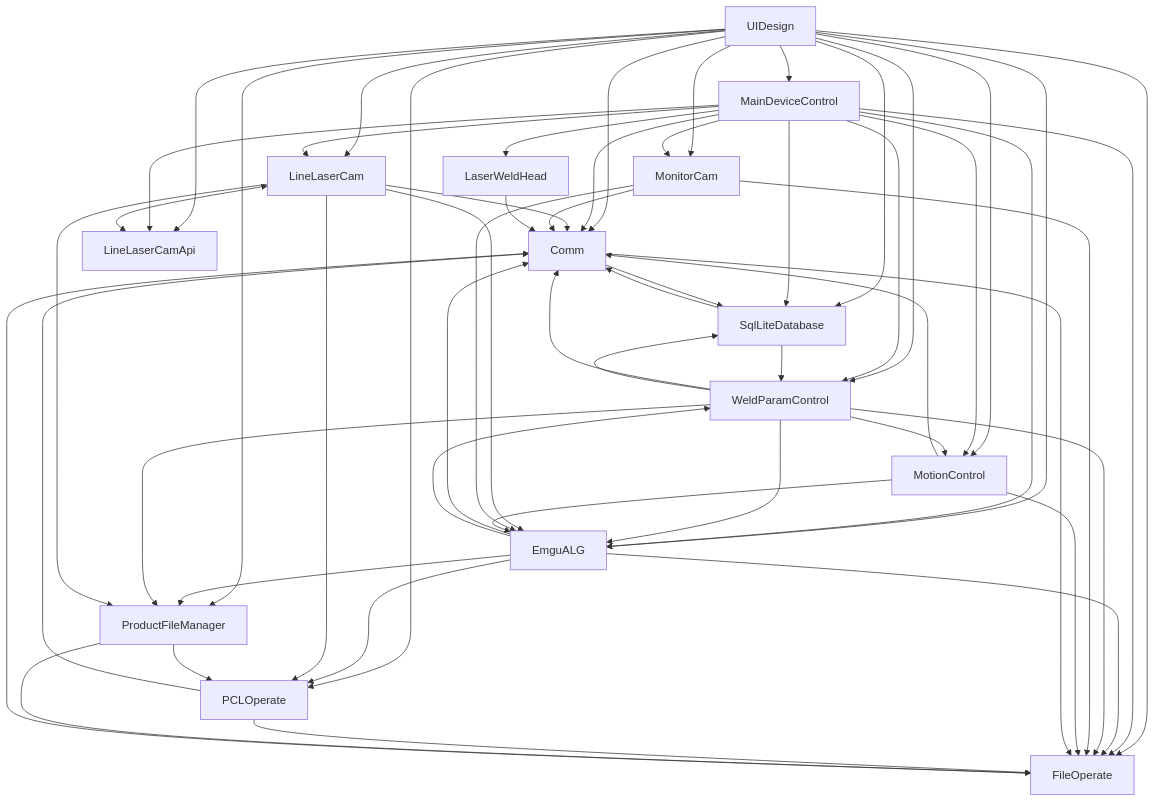
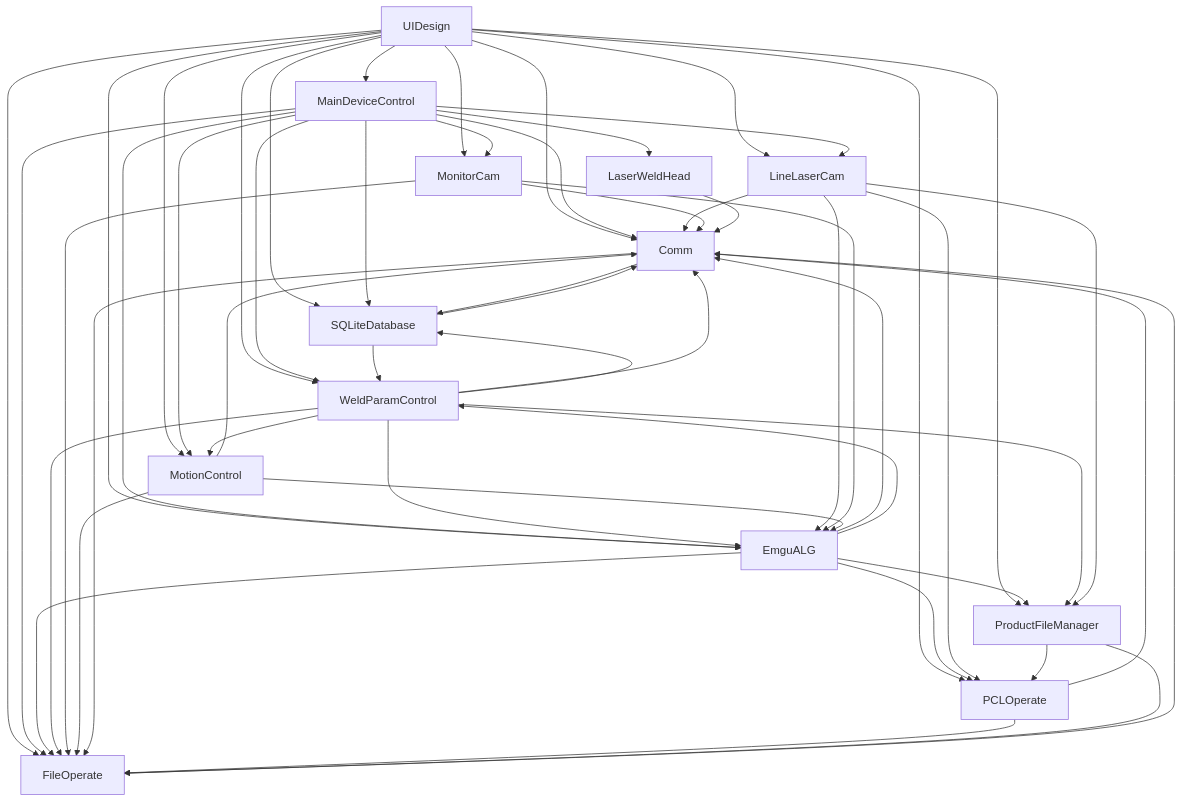
Before and after one commit to MrYangjf/Vibecoding: the diagram in LLMWiki/wiki/architecture/DeviceControlArchitecture.md, drawn with Mermaid. The commit also changed other lines of this file and 1276 other files, not shown here.

````diff
--- a/LLMWiki/wiki/architecture/DeviceControlArchitecture.md
+++ b/LLMWiki/wiki/architecture/DeviceControlArchitecture.md
@@ -881,66 +879,63 @@
 ```mermaid
 graph TD
     UIDesign --> Comm
     UIDesign --> EmguALG
     UIDesign --> FileOperate
     UIDesign --> LineLaserCam
-    UIDesign --> LineLaserCamApi
     UIDesign --> MainDeviceControl
     UIDesign --> MonitorCam
     UIDesign --> MotionControl
     UIDesign --> PCLOperate
     UIDesign --> ProductFileManager
-    UIDesign --> SqlLiteDatabase
+    UIDesign --> SQLiteDatabase
     UIDesign --> WeldParamControl
 
     MainDeviceControl --> Comm
     MainDeviceControl --> EmguALG
     MainDeviceControl --> FileOperate
     MainDeviceControl --> LaserWeldHead
     MainDeviceControl --> LineLaserCam
-    MainDeviceControl --> LineLaserCamApi
     MainDeviceControl --> MonitorCam
     MainDeviceControl --> MotionControl
-    MainDeviceControl --> SqlLiteDatabase
+    MainDeviceControl --> SQLiteDatabase
     MainDeviceControl --> WeldParamControl
 
     EmguALG --> Comm
     EmguALG --> FileOperate
     EmguALG --> PCLOperate
     EmguALG --> ProductFileManager
     EmguALG --> WeldParamControl
 
     WeldParamControl --> Comm
     WeldParamControl --> EmguALG
     WeldParamControl --> FileOperate
     WeldParamControl --> MotionControl
     WeldParamControl --> ProductFileManager
-    WeldParamControl --> SqlLiteDatabase
+    WeldParamControl --> SQLiteDatabase
 
     LineLaserCam --> Comm
     LineLaserCam --> EmguALG
     LineLaserCam --> PCLOperate
     LineLaserCam --> ProductFileManager
-    LineLaserCam <--> LineLaserCamApi
 
     MonitorCam --> Comm
     MonitorCam --> EmguALG
     MonitorCam --> FileOperate
 
     MotionControl --> Comm
     MotionControl --> EmguALG
     MotionControl --> FileOperate
 
     Comm --> FileOperate
-    Comm --> SqlLiteDatabase
+    Comm --> SQLiteDatabase
 
-    SqlLiteDatabase --> Comm
-    SqlLiteDatabase --> WeldParamControl
+    SQLiteDatabase --> Comm
+    SQLiteDatabase --> WeldParamControl
 
     PCLOperate --> Comm
     PCLOperate --> FileOperate
     ProductFileManager --> FileOperate
     ProductFileManager --> PCLOperate
     LaserWeldHead --> Comm
     FileOperate --> Comm
 ```
````
